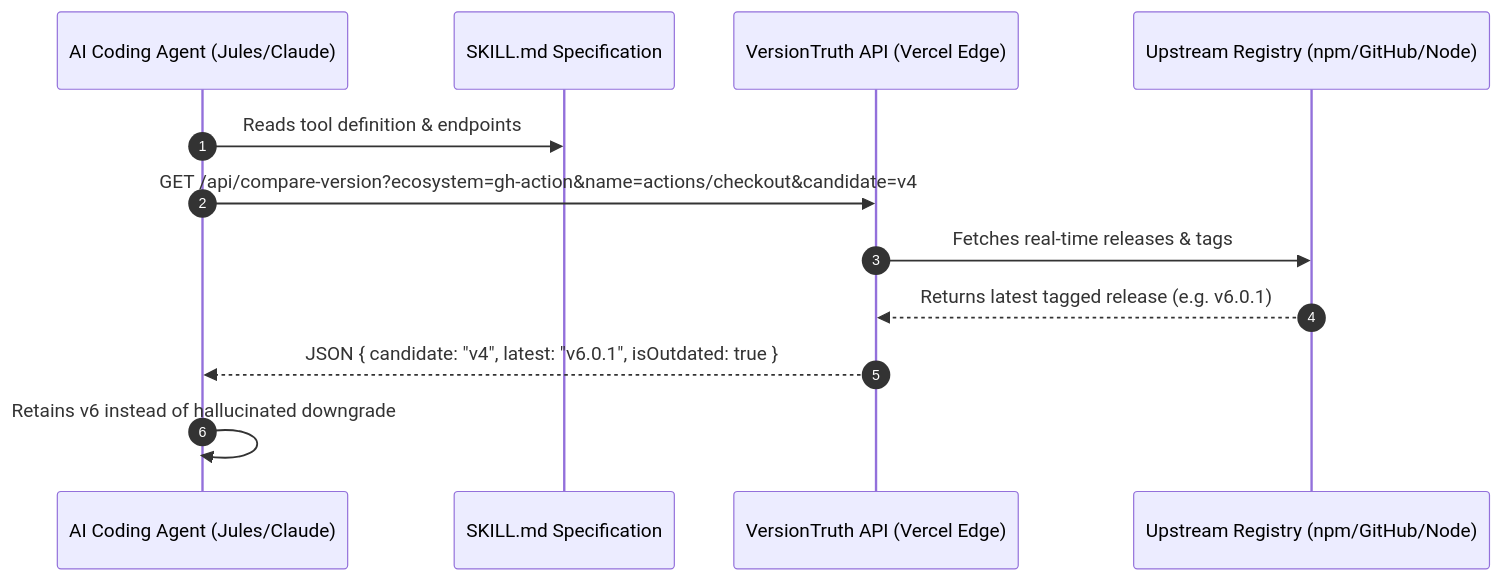
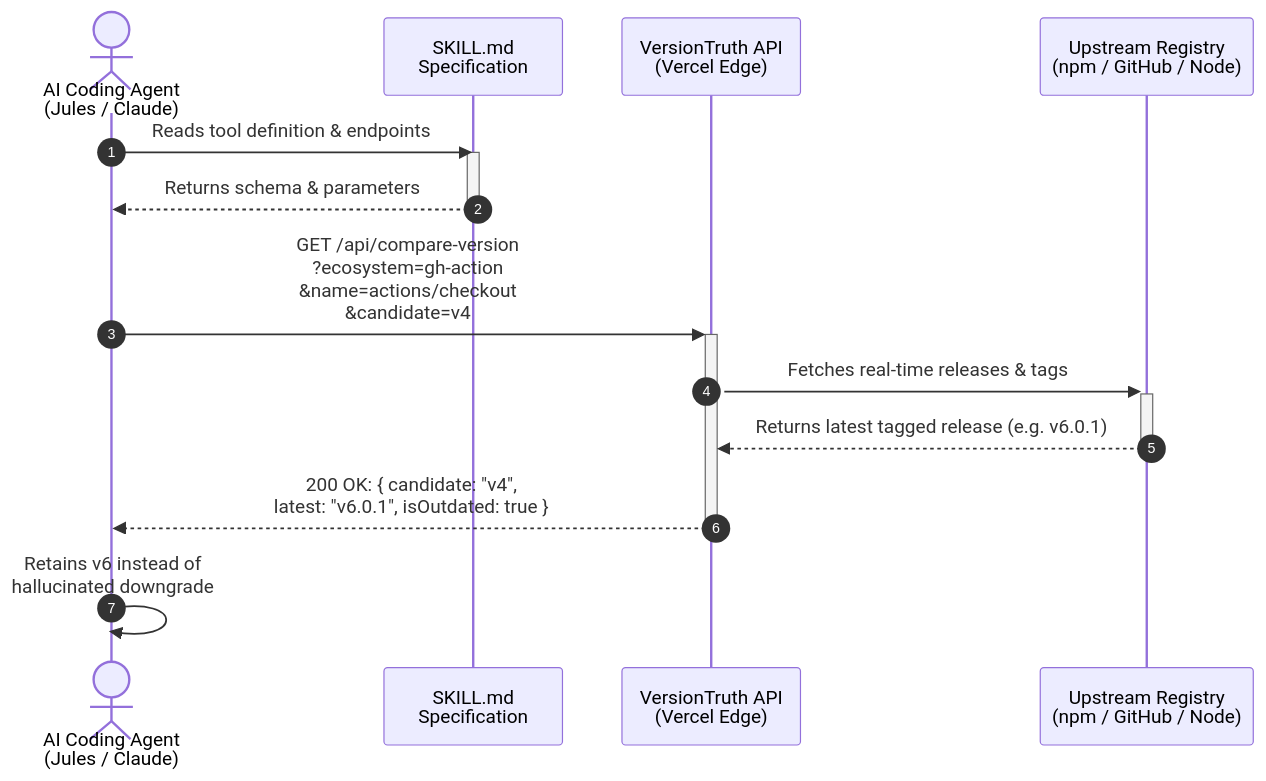
The diagram in src/content/research/versiontruth.md (arii/portfolio), drawn with Mermaid before and after one commit. The commit also changed 3 other files, not shown here.

First line of the commit message:
Improve Mermaid diagram readability and fix CI errors

````diff
--- a/src/content/research/versiontruth.md
+++ b/src/content/research/versiontruth.md
@@ -31,15 +31,23 @@
 ```mermaid
 sequenceDiagram
-  autonumber
-  participant Agent as AI Coding Agent (Jules/Claude)
-  participant Skill as SKILL.md Specification
-  participant API as VersionTruth API (Vercel Edge)
-  participant Registry as Upstream Registry (npm/GitHub/Node)
+    autonumber
 
-  Agent->>Skill: Reads tool definition & endpoints
-  Agent->>API: GET /api/compare-version?ecosystem=gh-action&name=actions/checkout&candidate=v4
-  API->>Registry: Fetches real-time releases & tags
-  Registry-->>API: Returns latest tagged release (e.g. v6.0.1)
-  API-->>Agent: JSON { candidate: "v4", latest: "v6.0.1", isOutdated: true }
-  Agent->>Agent: Retains v6 instead of hallucinated downgrade
+    actor Agent as AI Coding Agent<br/>(Jules / Claude)
+    participant Skill as SKILL.md<br/>Specification
+    participant API as VersionTruth API<br/>(Vercel Edge)
+    participant Reg as Upstream Registry<br/>(npm / GitHub / Node)
+
+    Agent->>Skill: Reads tool definition & endpoints
+    activate Skill
+    Skill-->>Agent: Returns schema & parameters
+    deactivate Skill
+
+    Agent->>+API: GET /api/compare-version<br/>?ecosystem=gh-action<br/>&name=actions/checkout<br/>&candidate=v4
+
+    API->>+Reg: Fetches real-time releases & tags
+    Reg-->>-API: Returns latest tagged release (e.g. v6.0.1)
+
+    API-->>-Agent: 200 OK: { candidate: "v4",<br/>latest: "v6.0.1", isOutdated: true }
+
+    Agent->>Agent: Retains v6 instead of<br/>hallucinated downgrade
 ```
````
